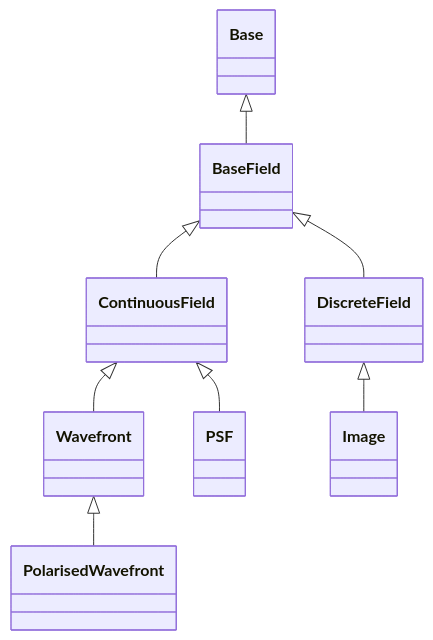
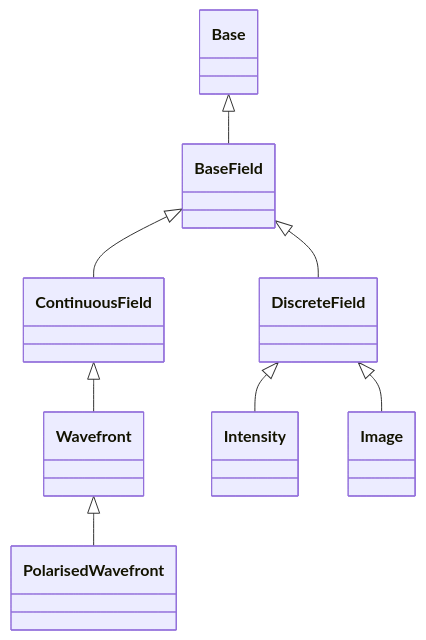
Before and after one commit to LouisDesdoigts/dLux: the diagram in docs/API/core/fields.md, drawn with Mermaid. The commit also changed other lines of this file and 6 other files, not shown here.

````diff
--- a/docs/API/core/fields.md
+++ b/docs/API/core/fields.md
@@ -7,25 +7,25 @@
 ```mermaid
 classDiagram
     class dLux_fields_BaseField["BaseField"]
     class dLux_fields_ContinuousField["ContinuousField"]
     class dLux_fields_DiscreteField["DiscreteField"]
     class dLux_fields_Wavefront["Wavefront"]
     class dLux_fields_PolarisedWavefront["PolarisedWavefront"]
-    class dLux_fields_PSF["PSF"]
+    class dLux_fields_Intensity["Intensity"]
     class dLux_fields_Image["Image"]
     class dLux_base_Base["Base"]
     dLux_base_Base <|-- dLux_fields_BaseField
     click dLux_fields_BaseField href "#dLux.fields.BaseField" "Attributes: grid · Properties: field, spatial_shape, axes, coordinates, xs, npixels, pixel_scale, center, diameter · Methods: normalise(), convolve(), resize(), downsample(), flip()"
     dLux_fields_BaseField <|-- dLux_fields_ContinuousField
     click dLux_fields_ContinuousField href "#dLux.fields.ContinuousField" "Attributes: grid · Methods: scale_to(), interpolate(), rotate()"
     dLux_fields_BaseField <|-- dLux_fields_DiscreteField
-    click dLux_fields_DiscreteField href "#dLux.fields.DiscreteField" "Attributes: grid · Properties: fourier_transform, amplitude_spectrum, power_spectrum"
+    click dLux_fields_DiscreteField href "#dLux.fields.DiscreteField" "No direct public attributes or methods"
     dLux_fields_ContinuousField <|-- dLux_fields_Wavefront
-    click dLux_fields_Wavefront href "#dLux.fields.Wavefront" "Attributes: grid, phasor, wavelength · Properties: field, real, imaginary, amplitude, phase, complex, polar, psf, wavenumber, batch_ndim, is_chromatic, is_polarised, _mapped_axis, power · Methods: from_phasor(), add_phase(), add_opd(), tilt(), normalise(), apply_jones(), psf_from_stokes()"
+    click dLux_fields_Wavefront href "#dLux.fields.Wavefront" "Attributes: grid, phasor, wavelength · Properties: field, real, imaginary, amplitude, phase, complex, polar, psf, wavenumber, batch_ndim, is_chromatic, is_polarised, _mapped_axis, power · Methods: from_phasor(), to_intensity(), add_phase(), add_opd(), tilt(), normalise(), apply_jones(), psf_from_stokes()"
     dLux_fields_Wavefront <|-- dLux_fields_PolarisedWavefront
     click dLux_fields_PolarisedWavefront href "#dLux.fields.PolarisedWavefront" "Attributes: grid, phasor, wavelength · Properties: is_polarised, batch_ndim, psf · Methods: from_phasor(), from_wavefront(), psf_from_stokes(), stokes(), apply_jones()"
-    dLux_fields_ContinuousField <|-- dLux_fields_PSF
-    click dLux_fields_PSF href "#dLux.fields.PSF" "Attributes: data, grid · Properties: field, batch_ndim · Methods: from_wavefront()"
+    dLux_fields_DiscreteField <|-- dLux_fields_Intensity
+    click dLux_fields_Intensity href "#dLux.fields.Intensity" "Attributes: data, grid · Properties: field, batch_ndim · Methods: from_wavefront(), scale_to(), interpolate(), rotate(), to_image()"
     dLux_fields_DiscreteField <|-- dLux_fields_Image
-    click dLux_fields_Image href "#dLux.fields.Image" "Attributes: data, grid, variance, read_noise · Properties: field, std · Methods: add_poisson_noise(), add_read_noise(), simulate()"
+    click dLux_fields_Image href "#dLux.fields.Image" "Attributes: data, grid, std, read_noise · Properties: field, variance, fourier_transform, amplitude_spectrum, power_spectrum · Methods: from_intensity(), add_poisson_noise(), add_read_noise(), simulate()"
 ```
````
